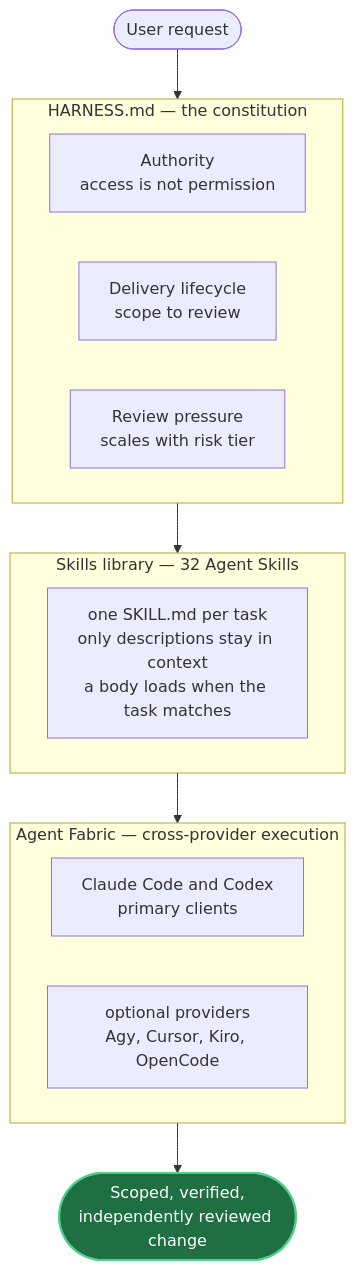
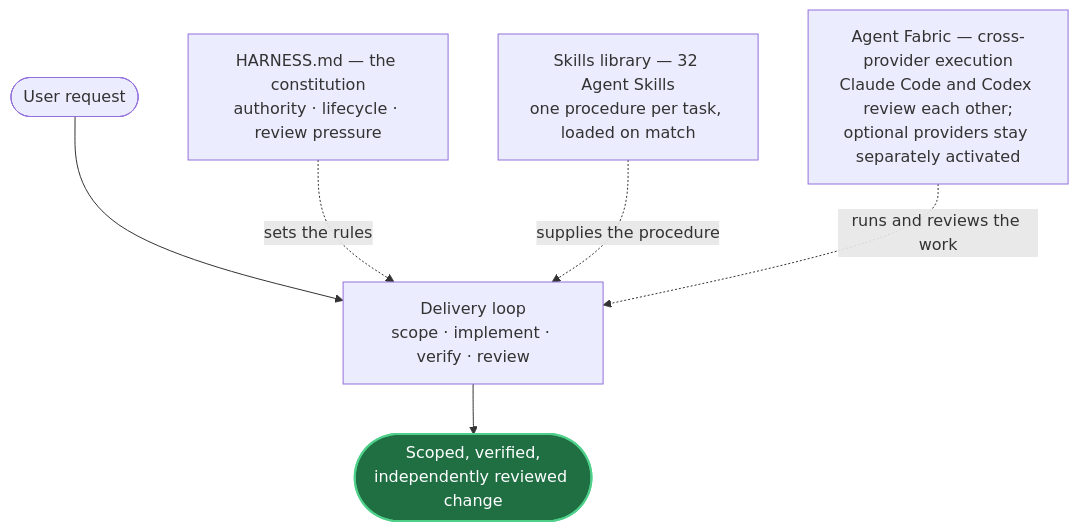
The first of 2 diagrams in README.md (mblauberg/agent-harness), drawn with Mermaid before and after one commit. The commit also changed other lines of this file, not shown here.

Commit message:
Redraw the README overview diagram as concurrent layers, not a pipeline
The previous flowchart showed constitution -> skills -> Fabric as
sequential stages, which misstates the architecture: all three act on
the same delivery loop at once. The new diagram centres the loop and
attaches each part with a labelled role edge, with accTitle/accDescr
for accessibility, matching the lifecycle diagram's conventions.

Claude-Session: https://claude.ai/code/session_01DrHJoGajzkEr8hFpX6xfUe

````diff
--- a/README.md
+++ b/README.md
@@ -45,24 +47,12 @@
 ```mermaid
 flowchart TB
-    U(["User request"])
-    subgraph Harness["HARNESS.md — the constitution"]
-      direction LR
-      A["Authority<br/>access is not permission"]
-      L["Delivery lifecycle<br/>scope to review"]
-      R["Review pressure<br/>scales with risk tier"]
-    end
-    subgraph Skills["Skills library — 32 Agent Skills"]
-      SK["one SKILL.md per task<br/>only descriptions stay in context<br/>a body loads when the task matches"]
-    end
-    subgraph Fabric["Agent Fabric — cross-provider execution"]
-      direction LR
-      P1["Claude Code and Codex<br/>primary clients"]
-      P2["optional providers<br/>Agy, Cursor, Kiro, OpenCode"]
-    end
-    U --> Harness
-    Harness --> Skills
-    Skills --> Fabric
-    Fabric --> OUT(["Scoped, verified,<br/>independently reviewed change"])
+    accTitle: The three parts and the delivery loop they serve
+    accDescr: A user request enters the delivery loop, which runs scope, implement, verify and review, and produces a scoped, verified, independently reviewed change. Three parts act on that loop concurrently rather than in sequence. HARNESS.md, the constitution, sets the rules — authority, lifecycle and review pressure. The skills library supplies the procedure, one SKILL.md per task loaded when the task matches. Agent Fabric runs and reviews the work across providers, with Claude Code and Codex as primaries reviewing each other and optional providers separately activated.
+    U(["User request"]) --> LOOP["Delivery loop<br/>scope · implement · verify · review"]
+    LOOP --> OUT(["Scoped, verified,<br/>independently reviewed change"])
+    H["HARNESS.md — the constitution<br/>authority · lifecycle · review pressure"] -. "sets the rules" .-> LOOP
+    SK["Skills library — 32 Agent Skills<br/>one procedure per task, loaded on match"] -. "supplies the procedure" .-> LOOP
+    F["Agent Fabric — cross-provider execution<br/>Claude Code and Codex review each other;<br/>optional providers stay separately activated"] -. "runs and reviews the work" .-> LOOP
     classDef out fill:#1f6f43,stroke:#4fd08a,color:#ffffff,stroke-width:2px
     class OUT out
 ```
````
